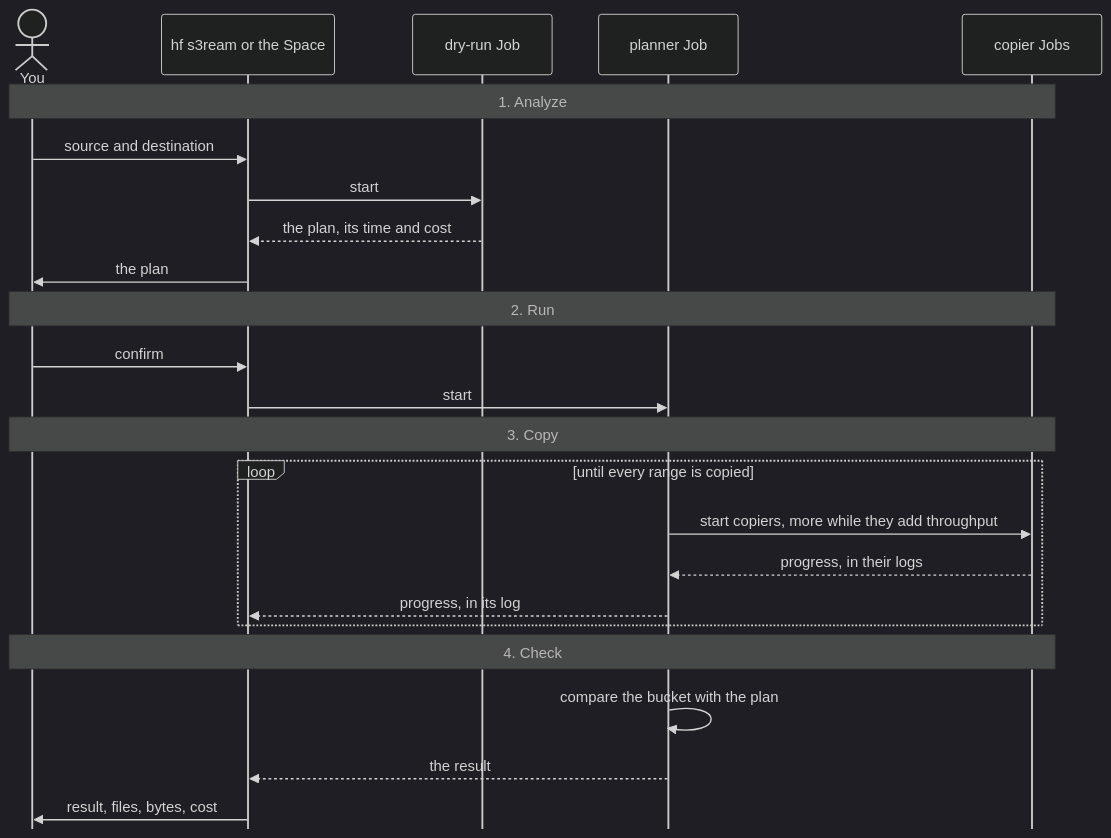
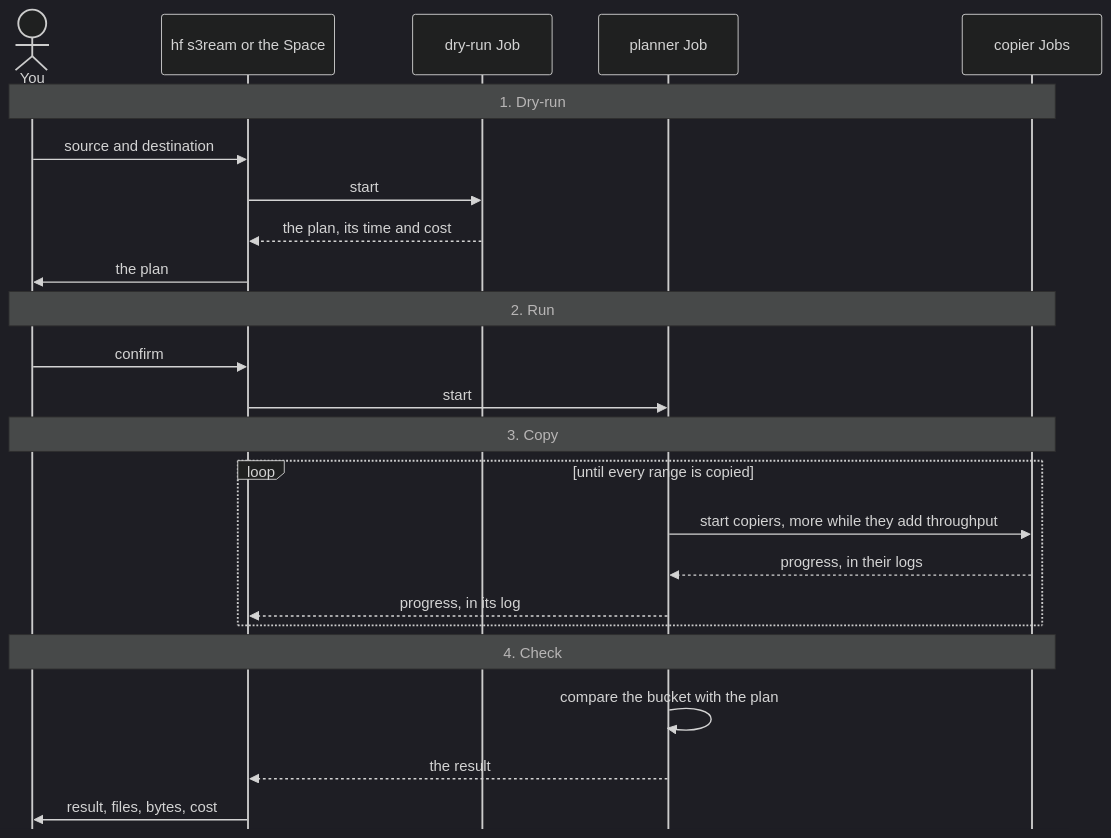
The second of 3 diagrams in docs/ARCHITECTURE.md (glutamatt/hf-s3ream), drawn with Mermaid (dark theme) before and after one commit. The commit also changed other lines of this file and 2 other files, not shown here.

Commit message:
docs: --analyze is now --dry-run, and the CLI creates the bucket once you confirm
The README, the guide and the architecture page follow the CLI change.
The terminal steps say "Dry-run", and a missing bucket is created private
once the copy is confirmed. The Space keeps its Analyze button, and still
creates the bucket at that step: the Space sections do not change.

````diff
--- a/docs/ARCHITECTURE.md
+++ b/docs/ARCHITECTURE.md
@@ -46,28 +46,28 @@
 ```mermaid
 %%{init: {"sequence": {"mirrorActors": false}}}%%
 sequenceDiagram
     actor You
     participant C as hf s3ream or the Space
     participant D as dry-run Job
     participant P as planner Job
     participant W as copier Jobs
 
-    Note over You,W: 1. Analyze
+    Note over You,W: 1. Dry-run
     You->>C: source and destination
     C->>D: start
     D-->>C: the plan, its time and cost
     C->>You: the plan
     Note over You,W: 2. Run
     You->>C: confirm
     C->>P: start
     Note over You,W: 3. Copy
     loop until every range is copied
         P->>W: start copiers, more while they add throughput
         W-->>P: progress, in their logs
         P-->>C: progress, in its log
     end
     Note over You,W: 4. Check
     P->>P: compare the bucket with the plan
     P-->>C: the result
     C->>You: result, files, bytes, cost
 ```
````
